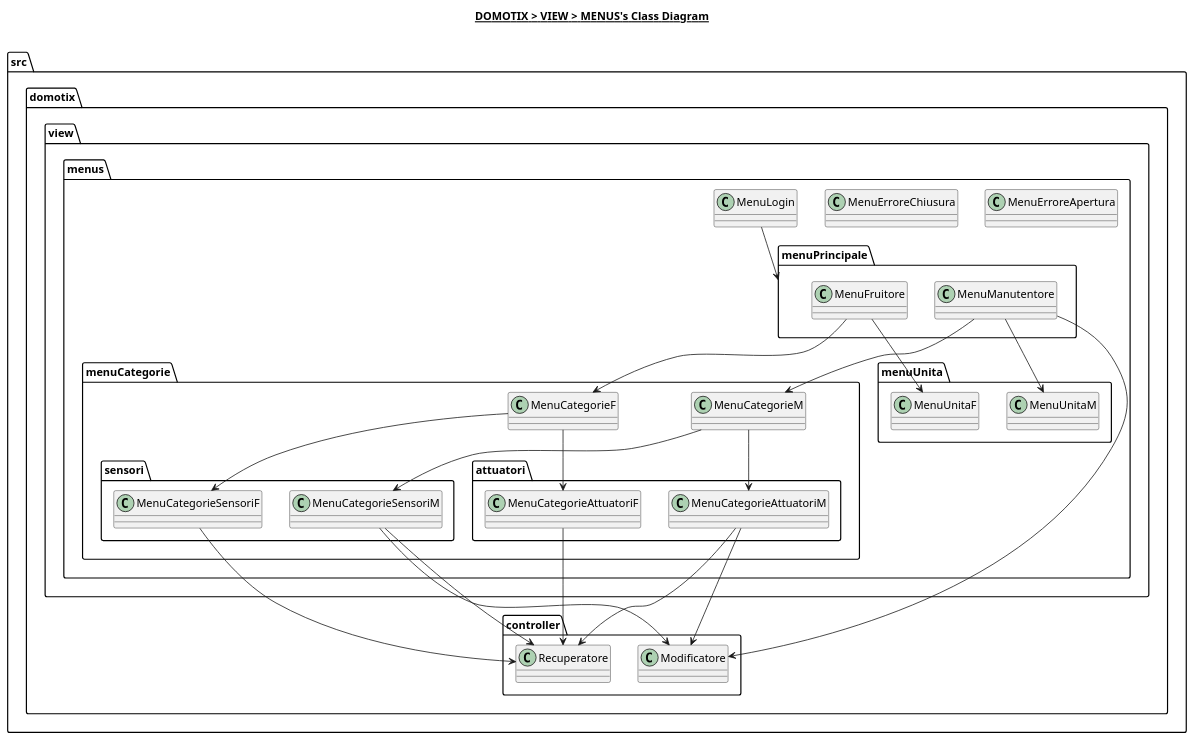
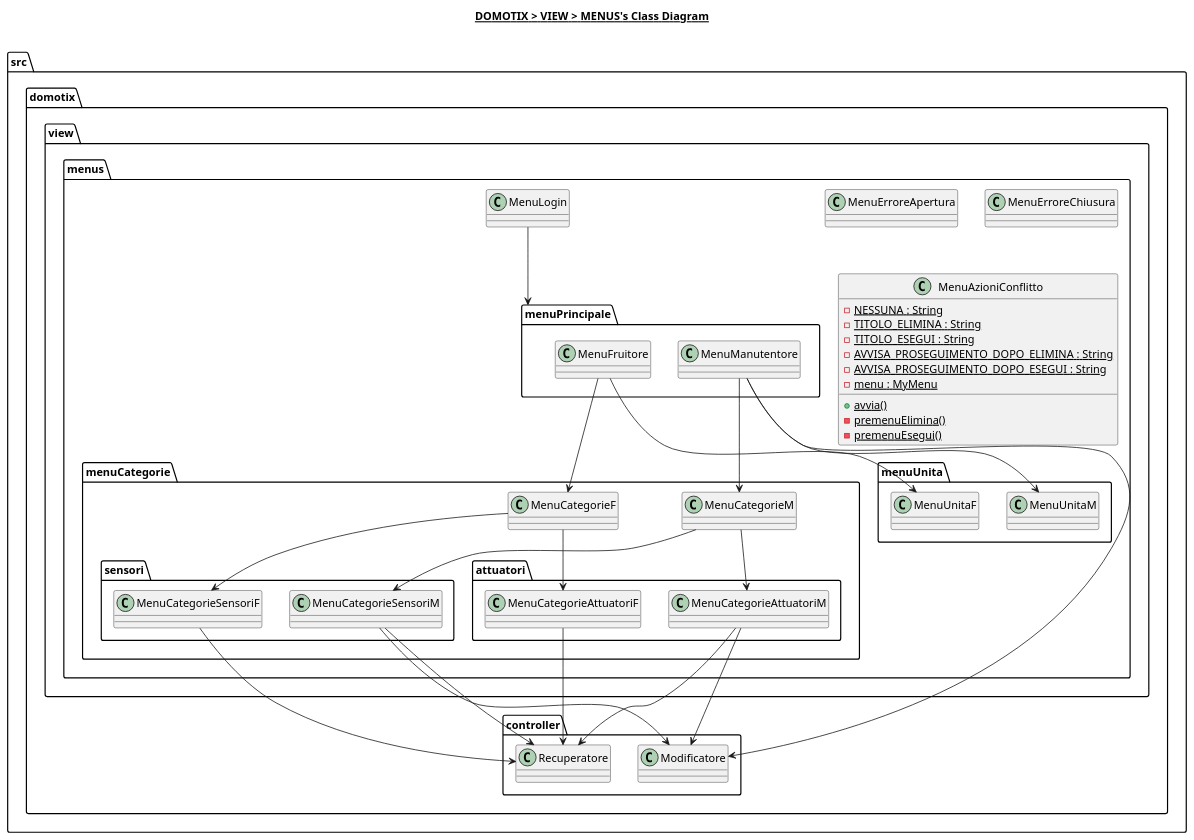
Before and after one commit to Edoar-do/Domotix: the diagram in src/domotix/view/menus/menus.plantuml, drawn with PlantUML. The commit also changed 7 other files, not shown here.

Commit message:
Aggiunge controllo sulle Azioni programmate in conflitto all'apertura

```diff
--- a/src/domotix/view/menus/menus.plantuml
+++ b/src/domotix/view/menus/menus.plantuml
@@ -1,69 +1,81 @@
 @startuml
 
 title __DOMOTIX > VIEW > MENUS's Class Diagram__\n
 
 namespace src.domotix.view.menus {
     class src.domotix.view.menus.MenuErroreApertura {
     }
 
     class src.domotix.view.menus.MenuErroreChiusura {
+    }
+
+    class src.domotix.view.menus.MenuAzioniConflitto {
+        {static} - NESSUNA : String
+        {static} - TITOLO_ELIMINA : String
+        {static} - TITOLO_ESEGUI : String
+        {static} - AVVISA_PROSEGUIMENTO_DOPO_ELIMINA : String
+        {static} - AVVISA_PROSEGUIMENTO_DOPO_ESEGUI : String
+        {static} - menu : MyMenu
+        {static} + avvia()
+        {static} - premenuElimina()
+        {static} - premenuEsegui()
     }
 
     class src.domotix.view.menus.MenuLogin {
     }
 
     namespace menuPrincipale {
         class src.domotix.view.menus.menuPrincipale.MenuFruitore {
         }
 
         class src.domotix.view.menus.menuPrincipale.MenuManutentore {
         }
     }
 
     namespace menuCategorie {
         class src.domotix.view.menus.menuCategorie.MenuCategorieF {
         }
 
         class src.domotix.view.menus.menuCategorie.MenuCategorieM {
         }
 
         namespace sensori {
             class src.domotix.view.menus.menuCategorie.sensori.MenuCategorieSensoriF {
             }
 
             class src.domotix.view.menus.menuCategorie.sensori.MenuCategorieSensoriM {
             }
         }
 
         namespace attuatori {
             class src.domotix.view.menus.menuCategorie.attuatori.MenuCategorieAttuatoriF {
             }
 
             class src.domotix.view.menus.menuCategorie.attuatori.MenuCategorieAttuatoriM {
             }
         }
     }
 
     namespace menuUnita {
     }
 }
 
 src.domotix.view.menus.MenuLogin --> src.domotix.view.menus.menuPrincipale
 src.domotix.view.menus.menuPrincipale.MenuManutentore --> src.domotix.view.menus.menuUnita.MenuUnitaM
 src.domotix.view.menus.menuPrincipale.MenuFruitore --> src.domotix.view.menus.menuUnita.MenuUnitaF
 src.domotix.view.menus.menuPrincipale.MenuManutentore --> src.domotix.view.menus.menuCategorie.MenuCategorieM
 src.domotix.view.menus.menuPrincipale.MenuFruitore --> src.domotix.view.menus.menuCategorie.MenuCategorieF
 src.domotix.view.menus.menuCategorie.MenuCategorieM --> src.domotix.view.menus.menuCategorie.attuatori.MenuCategorieAttuatoriM
 src.domotix.view.menus.menuCategorie.MenuCategorieM --> src.domotix.view.menus.menuCategorie.sensori.MenuCategorieSensoriM
 src.domotix.view.menus.menuCategorie.MenuCategorieF --> src.domotix.view.menus.menuCategorie.attuatori.MenuCategorieAttuatoriF
 src.domotix.view.menus.menuCategorie.MenuCategorieF --> src.domotix.view.menus.menuCategorie.sensori.MenuCategorieSensoriF
 
 src.domotix.view.menus.menuCategorie.attuatori.MenuCategorieAttuatoriM --> src.domotix.controller.Modificatore
 src.domotix.view.menus.menuCategorie.attuatori.MenuCategorieAttuatoriM --> src.domotix.controller.Recuperatore
 src.domotix.view.menus.menuCategorie.attuatori.MenuCategorieAttuatoriF --> src.domotix.controller.Recuperatore
 src.domotix.view.menus.menuCategorie.sensori.MenuCategorieSensoriM --> src.domotix.controller.Modificatore
 src.domotix.view.menus.menuCategorie.sensori.MenuCategorieSensoriM --> src.domotix.controller.Recuperatore
 src.domotix.view.menus.menuCategorie.sensori.MenuCategorieSensoriF --> src.domotix.controller.Recuperatore
 src.domotix.view.menus.menuPrincipale.MenuManutentore --> src.domotix.controller.Modificatore
 
 @enduml
```
